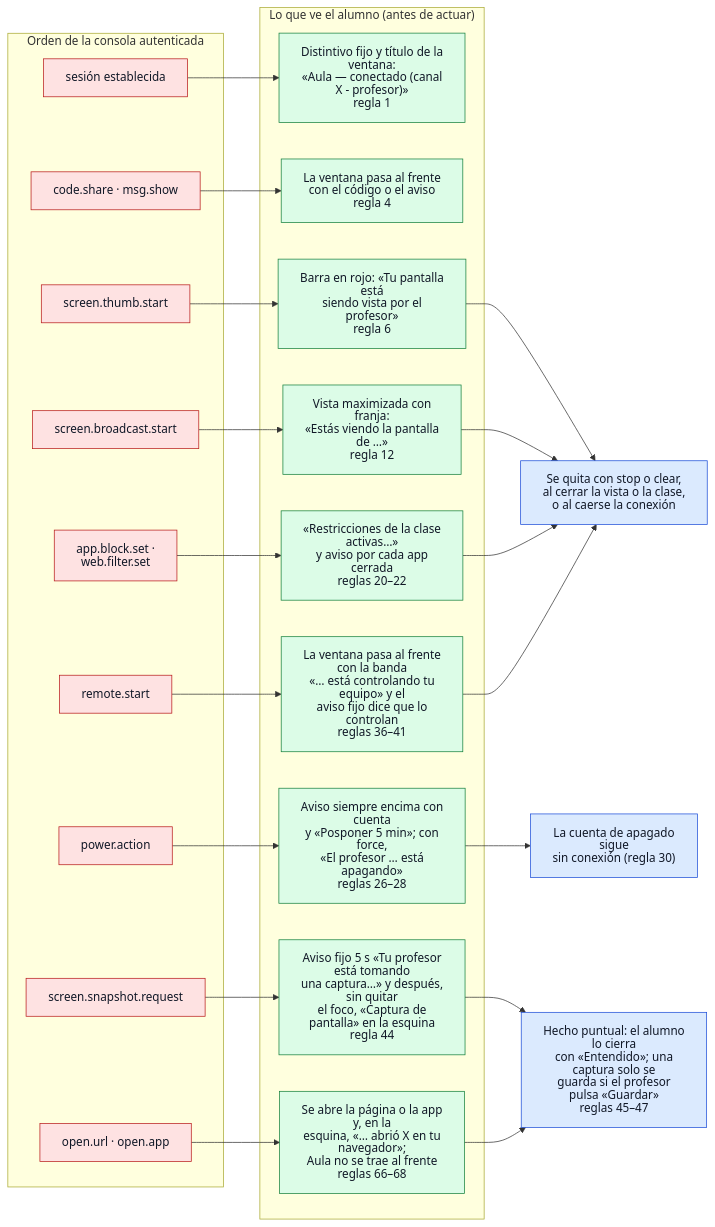
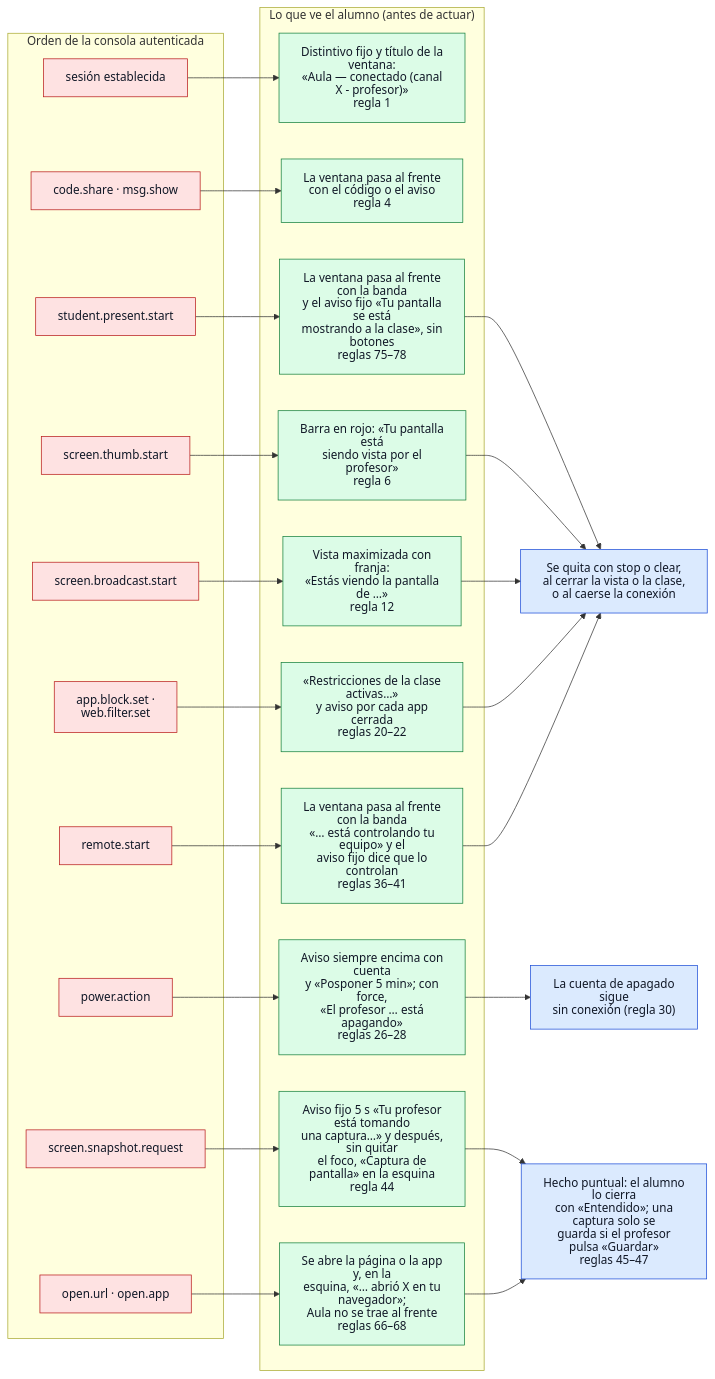
The diagram in docs/v1/diagramas/09-transparencia-avisos.md (bayalad7/aula), drawn with Mermaid before and after one commit. The commit also changed other lines of this file and 21 other files, not shown here.

First line of the commit message:
documentacion(docs): privacidad, protocolo, manual, diagrama 21 y pruebas de proyectar

````diff
--- a/docs/v1/diagramas/09-transparencia-avisos.md
+++ b/docs/v1/diagramas/09-transparencia-avisos.md
@@ -14,56 +14,60 @@
 ```mermaid
 %%{init: {"htmlLabels": false, "flowchart": {"htmlLabels": false}}}%%
 flowchart LR
     subgraph ordenes["Orden de la consola autenticada"]
         conexion["sesión establecida"]
         share["code.share · msg.show"]
         thumb["screen.thumb.start"]
         bcast["screen.broadcast.start"]
         pol["app.block.set · web.filter.set"]
         pwr["power.action"]
         rmt["remote.start"]
         snap["screen.snapshot.request"]
         abrir["open.url · open.app"]
+        present["student.present.start"]
     end
 
     subgraph avisos["Lo que ve el alumno (antes de actuar)"]
         distintivo["Distintivo fijo y título de la ventana:<br/>«Aula — conectado (canal X - profesor)»<br/>regla 1"]
         frente["La ventana pasa al frente<br/>con el código o el aviso<br/>regla 4"]
         visto["Barra en rojo: «Tu pantalla está<br/>siendo vista por el profesor»<br/>regla 6"]
         franja["Vista maximizada con franja:<br/>«Estás viendo la pantalla de …»<br/>regla 12"]
         restr["«Restricciones de la clase activas…»<br/>y aviso por cada app cerrada<br/>reglas 20–22"]
         energia["Aviso siempre encima con cuenta<br/>y «Posponer 5 min»; con force,<br/>«El profesor … está apagando»<br/>reglas 26–28"]
         control["La ventana pasa al frente con la banda<br/>«… está controlando tu equipo» y el<br/>aviso fijo dice que lo controlan<br/>reglas 36–41"]
         captura["Aviso fijo 5 s «Tu profesor está tomando<br/>una captura…» y después, sin quitar<br/>el foco, «Captura de pantalla» en la esquina<br/>regla 44"]
         abierto["Se abre la página o la app y, en la<br/>esquina, «… abrió X en tu navegador»;<br/>Aula no se trae al frente<br/>reglas 66–68"]
+        mostrando["La ventana pasa al frente con la banda<br/>y el aviso fijo «Tu pantalla se está<br/>mostrando a la clase», sin botones<br/>reglas 75–78"]
     end
 
     fin["Se quita con stop o clear,<br/>al cerrar la vista o la clase,<br/>o al caerse la conexión"]
     puntual["Hecho puntual: el alumno lo cierra<br/>con «Entendido»; una captura solo se<br/>guarda si el profesor pulsa «Guardar»<br/>reglas 45–47"]
     sigue["La cuenta de apagado sigue<br/>sin conexión (regla 30)"]
 
     conexion --> distintivo
     share --> frente
     thumb --> visto
     bcast --> franja
     pol --> restr
     pwr --> energia
     rmt --> control
     snap --> captura
     captura --> puntual
     abrir --> abierto
     abierto --> puntual
+    present --> mostrando
+    mostrando --> fin
     visto --> fin
     franja --> fin
     restr --> fin
     control --> fin
     energia --> sigue
 
     classDef externo fill:#dbeafe,stroke:#1d4ed8,color:#111827
     classDef aula fill:#dcfce7,stroke:#15803d,color:#111827
     classDef datos fill:#ffedd5,stroke:#c2410c,color:#111827
     classDef seguridad fill:#fee2e2,stroke:#b91c1c,color:#111827
-    class conexion,share,thumb,bcast,pol,pwr,rmt,snap,abrir seguridad
-    class distintivo,frente,visto,franja,restr,energia,control,captura,abierto aula
+    class conexion,share,thumb,bcast,pol,pwr,rmt,snap,abrir,present seguridad
+    class distintivo,frente,visto,franja,restr,energia,control,captura,abierto,mostrando aula
     class fin,sigue,puntual externo
 ```
````
